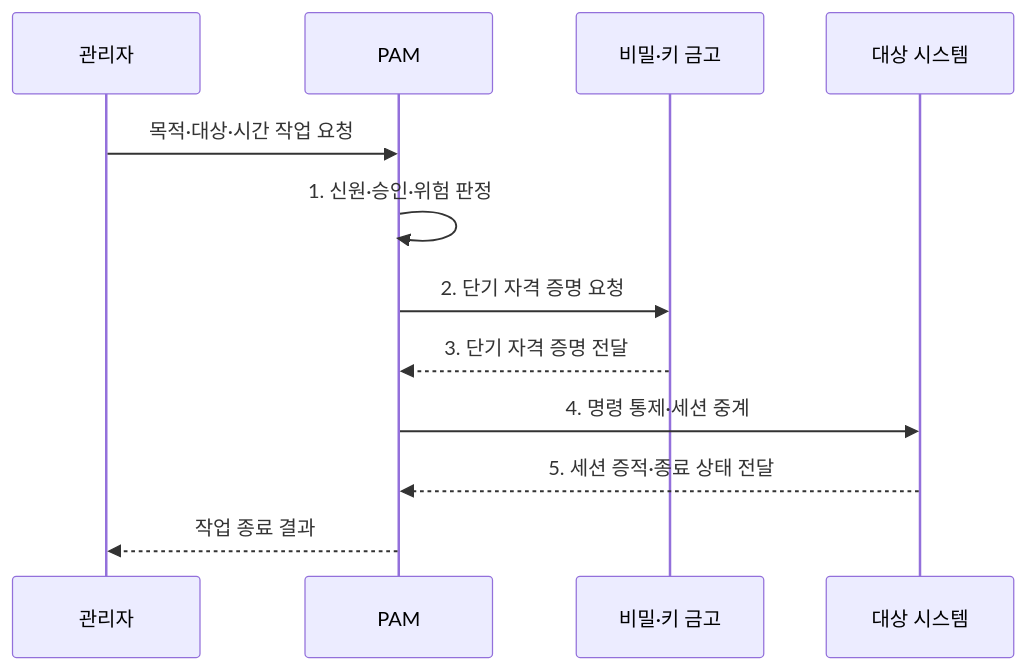
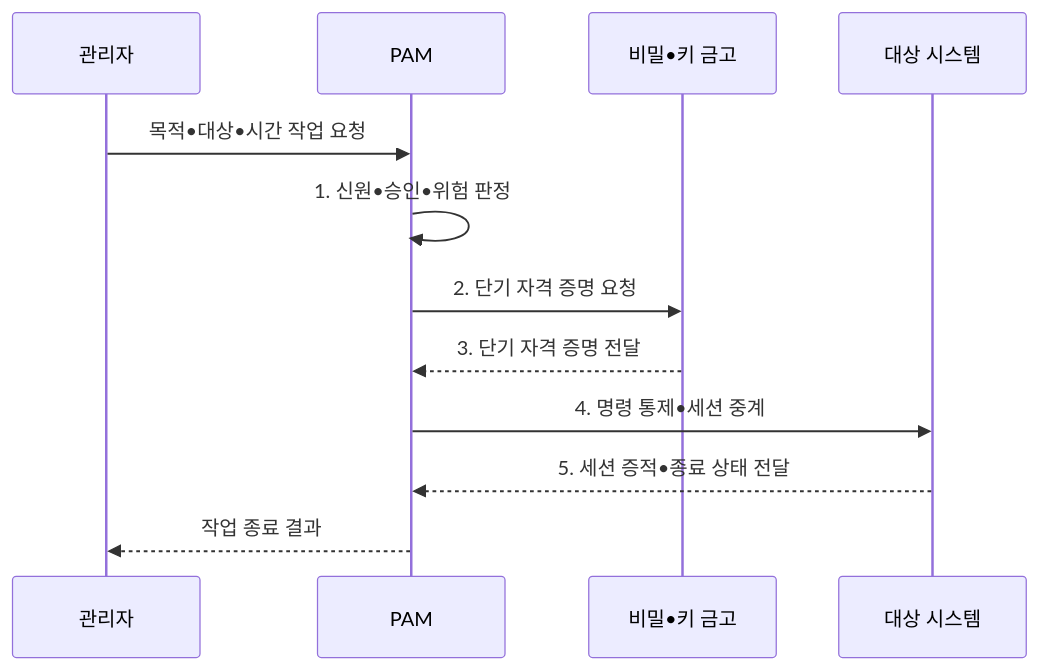
Before and after one commit to agnusdei1207/knowledge-base: the second of 2 diagrams in src/content/docs/notes/05-security/062_pam.md, drawn with Mermaid. The commit also changed other lines of this file and 953 other files, not shown here.

````diff
--- a/src/content/docs/notes/05-security/062_pam.md
+++ b/src/content/docs/notes/05-security/062_pam.md
@@ -96,14 +96,14 @@
 ```mermaid
 sequenceDiagram
     participant A as 관리자
     participant P as PAM
-    participant V as 비밀·키 금고
+    participant V as 비밀•키 금고
     participant S as 대상 시스템
-    A->>P: 목적·대상·시간 작업 요청
-    P->>P: 1. 신원·승인·위험 판정
+    A->>P: 목적•대상•시간 작업 요청
+    P->>P: 1. 신원•승인•위험 판정
     P->>V: 2. 단기 자격 증명 요청
     V-->>P: 3. 단기 자격 증명 전달
-    P->>S: 4. 명령 통제·세션 중계
-    S-->>P: 5. 세션 증적·종료 상태 전달
+    P->>S: 4. 명령 통제•세션 중계
+    S-->>P: 5. 세션 증적•종료 상태 전달
     P-->>A: 작업 종료 결과
 ```
````
